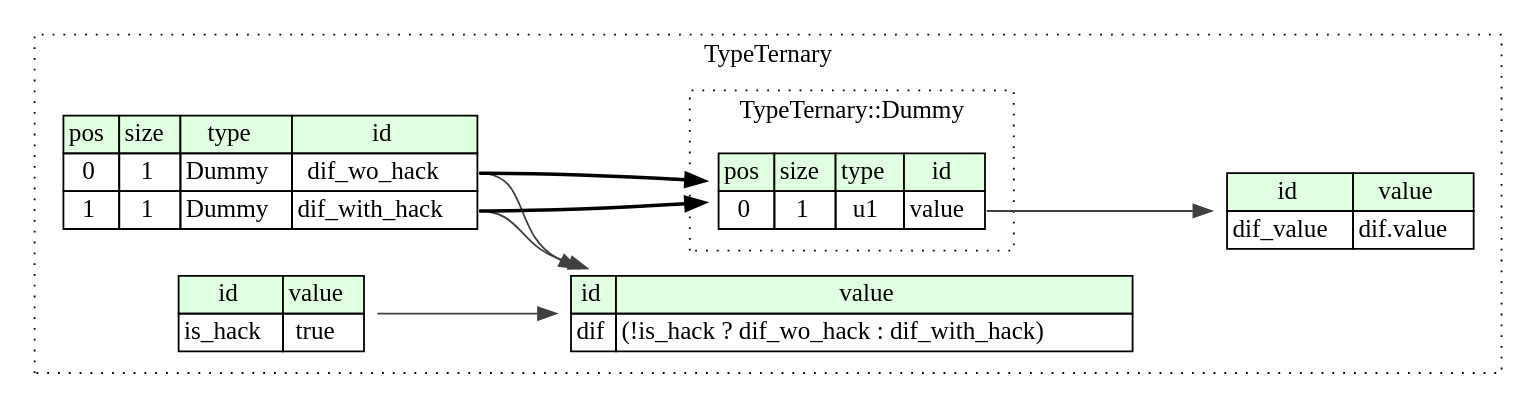
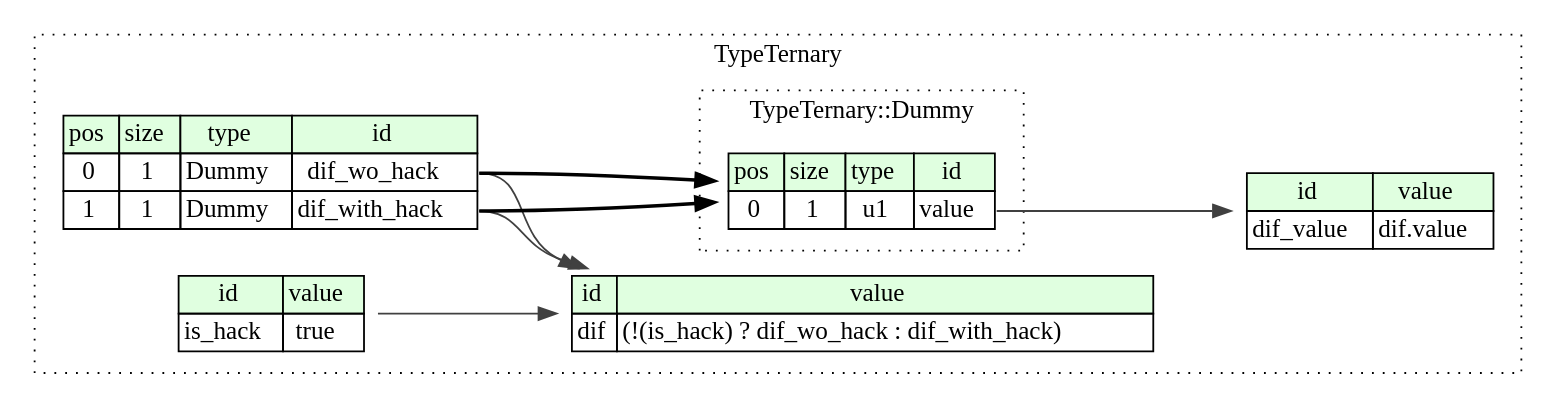
The diagram in compiled/graphviz/type_ternary.dot (kaitai-io/ci_targets), drawn with Graphviz before and after one commit. The commit also changed 1059 other files, not shown here.

```diff
--- a/compiled/graphviz/type_ternary.dot
+++ b/compiled/graphviz/type_ternary.dot
@@ -1,41 +1,41 @@
 digraph {
 	rankdir=LR;
 	node [shape=plaintext];
 	subgraph cluster__type_ternary {
 		label="TypeTernary";
 		graph[style=dotted];
 
 		type_ternary__seq [label=<<TABLE BORDER="0" CELLBORDER="1" CELLSPACING="0">
 			<TR><TD BGCOLOR="#E0FFE0">pos</TD><TD BGCOLOR="#E0FFE0">size</TD><TD BGCOLOR="#E0FFE0">type</TD><TD BGCOLOR="#E0FFE0">id</TD></TR>
 			<TR><TD PORT="dif_wo_hack_pos">0</TD><TD PORT="dif_wo_hack_size">1</TD><TD>Dummy</TD><TD PORT="dif_wo_hack_type">dif_wo_hack</TD></TR>
 			<TR><TD PORT="dif_with_hack_pos">1</TD><TD PORT="dif_with_hack_size">1</TD><TD>Dummy</TD><TD PORT="dif_with_hack_type">dif_with_hack</TD></TR>
 		</TABLE>>];
 		type_ternary__inst__is_hack [label=<<TABLE BORDER="0" CELLBORDER="1" CELLSPACING="0">
 			<TR><TD BGCOLOR="#E0FFE0">id</TD><TD BGCOLOR="#E0FFE0">value</TD></TR>
 			<TR><TD>is_hack</TD><TD>true</TD></TR>
 		</TABLE>>];
 		type_ternary__inst__dif [label=<<TABLE BORDER="0" CELLBORDER="1" CELLSPACING="0">
 			<TR><TD BGCOLOR="#E0FFE0">id</TD><TD BGCOLOR="#E0FFE0">value</TD></TR>
-			<TR><TD>dif</TD><TD>(!is_hack ? dif_wo_hack : dif_with_hack)</TD></TR>
+			<TR><TD>dif</TD><TD>(!(is_hack) ? dif_wo_hack : dif_with_hack)</TD></TR>
 		</TABLE>>];
 		type_ternary__inst__dif_value [label=<<TABLE BORDER="0" CELLBORDER="1" CELLSPACING="0">
 			<TR><TD BGCOLOR="#E0FFE0">id</TD><TD BGCOLOR="#E0FFE0">value</TD></TR>
 			<TR><TD>dif_value</TD><TD>dif.value</TD></TR>
 		</TABLE>>];
 		subgraph cluster__dummy {
 			label="TypeTernary::Dummy";
 			graph[style=dotted];
 
 			dummy__seq [label=<<TABLE BORDER="0" CELLBORDER="1" CELLSPACING="0">
 				<TR><TD BGCOLOR="#E0FFE0">pos</TD><TD BGCOLOR="#E0FFE0">size</TD><TD BGCOLOR="#E0FFE0">type</TD><TD BGCOLOR="#E0FFE0">id</TD></TR>
 				<TR><TD PORT="value_pos">0</TD><TD PORT="value_size">1</TD><TD>u1</TD><TD PORT="value_type">value</TD></TR>
 			</TABLE>>];
 		}
 	}
 	type_ternary__seq:dif_wo_hack_type -> dummy__seq [style=bold];
 	type_ternary__seq:dif_with_hack_type -> dummy__seq [style=bold];
 	type_ternary__inst__is_hack:is_hack_type -> type_ternary__inst__dif [color="#404040"];
 	type_ternary__seq:dif_wo_hack_type -> type_ternary__inst__dif [color="#404040"];
 	type_ternary__seq:dif_with_hack_type -> type_ternary__inst__dif [color="#404040"];
 	dummy__seq:value_type -> type_ternary__inst__dif_value [color="#404040"];
 }
```
